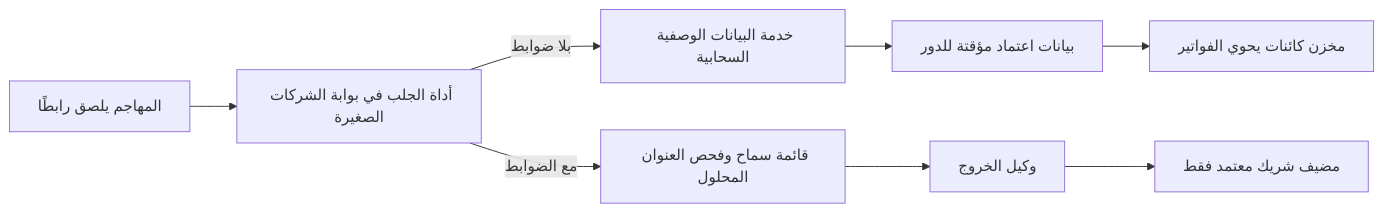
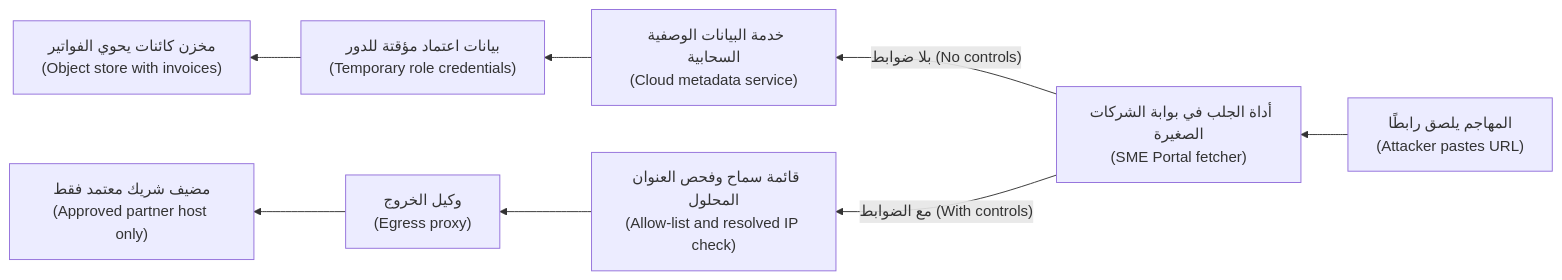
The third of 3 diagrams in secai/modules/02-web.ar.md (Tamoura/system-design-for-vibe-coders), drawn with Mermaid before and after one commit. The commit also changed other lines of this file and 11 other files, not shown here.

First line of the commit message:
Security course: Arabic modules 10–11 reviewed; RTL diagrams with English labels for modules 0–11

````diff
--- a/secai/modules/02-web.ar.md
+++ b/secai/modules/02-web.ar.md
@@ -563,10 +563,10 @@
 ```mermaid
-flowchart LR
-    A["المهاجم يلصق رابطًا"] --> F["أداة الجلب في بوابة الشركات الصغيرة"]
-    F -->|"بلا ضوابط"| M["خدمة البيانات الوصفية السحابية"]
-    M --> K["بيانات اعتماد مؤقتة للدور"]
-    K --> S["مخزن كائنات يحوي الفواتير"]
-    F -->|"مع الضوابط"| V["قائمة سماح وفحص العنوان المحلول"]
-    V --> P["وكيل الخروج"]
-    P --> H["مضيف شريك معتمد فقط"]
+flowchart RL
+    A["المهاجم يلصق رابطًا<br/>(Attacker pastes URL)"] --> F["أداة الجلب في بوابة الشركات الصغيرة<br/>(SME Portal fetcher)"]
+    F -->|"بلا ضوابط (No controls)"| M["خدمة البيانات الوصفية السحابية<br/>(Cloud metadata service)"]
+    M --> K["بيانات اعتماد مؤقتة للدور<br/>(Temporary role credentials)"]
+    K --> S["مخزن كائنات يحوي الفواتير<br/>(Object store with invoices)"]
+    F -->|"مع الضوابط (With controls)"| V["قائمة سماح وفحص العنوان المحلول<br/>(Allow-list and resolved IP check)"]
+    V --> P["وكيل الخروج<br/>(Egress proxy)"]
+    P --> H["مضيف شريك معتمد فقط<br/>(Approved partner host only)"]
 ```
````
